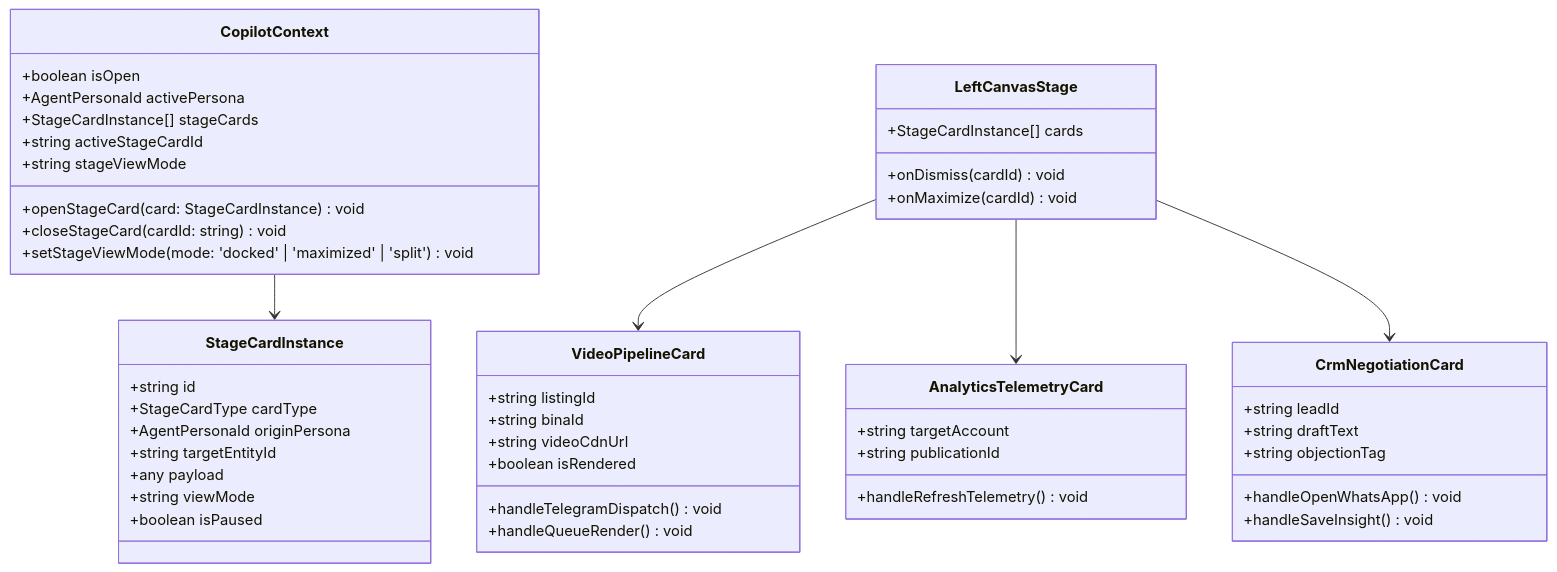
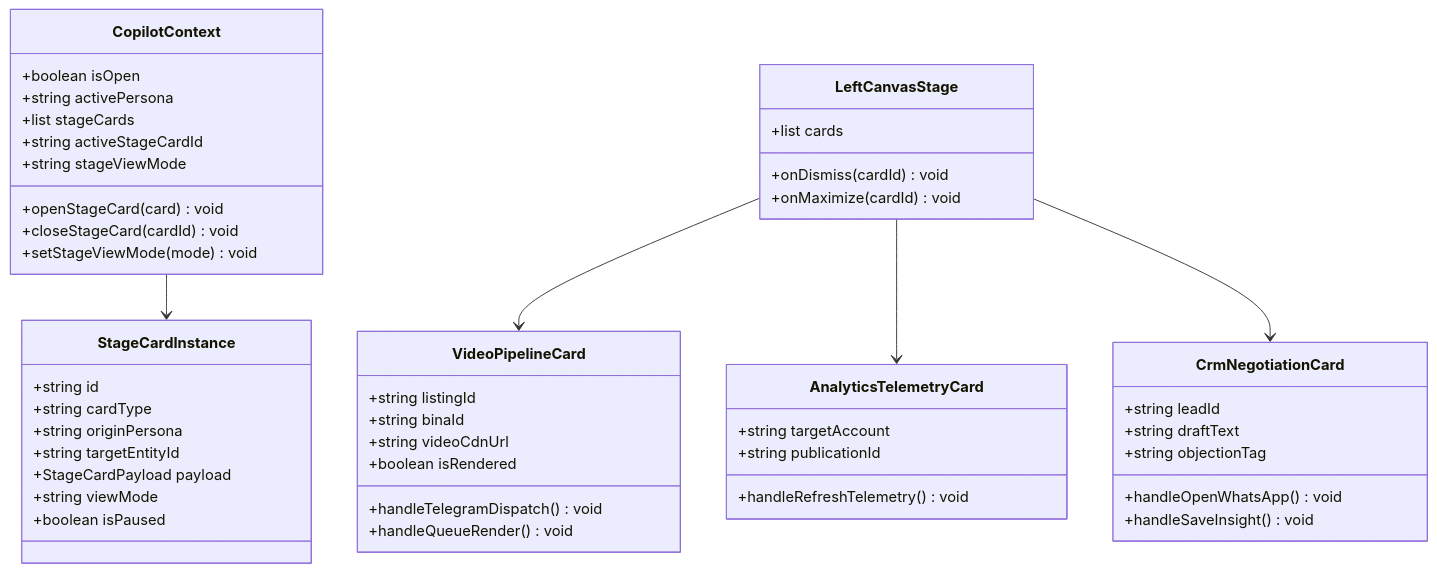
One commit to fxbluster/BakuEstate-AI changed the second of 3 diagrams in docs/designs/left_canvas_action_stage_and_tri_persona_copilot.md. Above: the diagram before and after it, drawn with Mermaid. The commit also changed other lines of this file, not shown here.

Commit message:
docs(design): apply round 1 EGM review fixes for tri-persona copilot

````diff
--- a/docs/designs/left_canvas_action_stage_and_tri_persona_copilot.md
+++ b/docs/designs/left_canvas_action_stage_and_tri_persona_copilot.md
@@ -129,57 +133,57 @@
 ```mermaid
 classDiagram
     class CopilotContext {
         +boolean isOpen
-        +AgentPersonaId activePersona
-        +StageCardInstance[] stageCards
+        +string activePersona
+        +list stageCards
         +string activeStageCardId
         +string stageViewMode
-        +openStageCard(card: StageCardInstance) void
-        +closeStageCard(cardId: string) void
-        +setStageViewMode(mode: 'docked' | 'maximized' | 'split') void
+        +openStageCard(card) void
+        +closeStageCard(cardId) void
+        +setStageViewMode(mode) void
     }
 
     class StageCardInstance {
         +string id
-        +StageCardType cardType
-        +AgentPersonaId originPersona
+        +string cardType
+        +string originPersona
         +string targetEntityId
-        +any payload
+        +StageCardPayload payload
         +string viewMode
         +boolean isPaused
     }
 
     class LeftCanvasStage {
-        +StageCardInstance[] cards
+        +list cards
         +onDismiss(cardId) void
         +onMaximize(cardId) void
     }
 
     class VideoPipelineCard {
         +string listingId
         +string binaId
         +string videoCdnUrl
         +boolean isRendered
         +handleTelegramDispatch() void
         +handleQueueRender() void
     }
 
     class AnalyticsTelemetryCard {
         +string targetAccount
         +string publicationId
         +handleRefreshTelemetry() void
     }
 
     class CrmNegotiationCard {
         +string leadId
         +string draftText
         +string objectionTag
         +handleOpenWhatsApp() void
         +handleSaveInsight() void
     }
 
     CopilotContext --> StageCardInstance
     LeftCanvasStage --> VideoPipelineCard
     LeftCanvasStage --> AnalyticsTelemetryCard
     LeftCanvasStage --> CrmNegotiationCard
 ```
````
